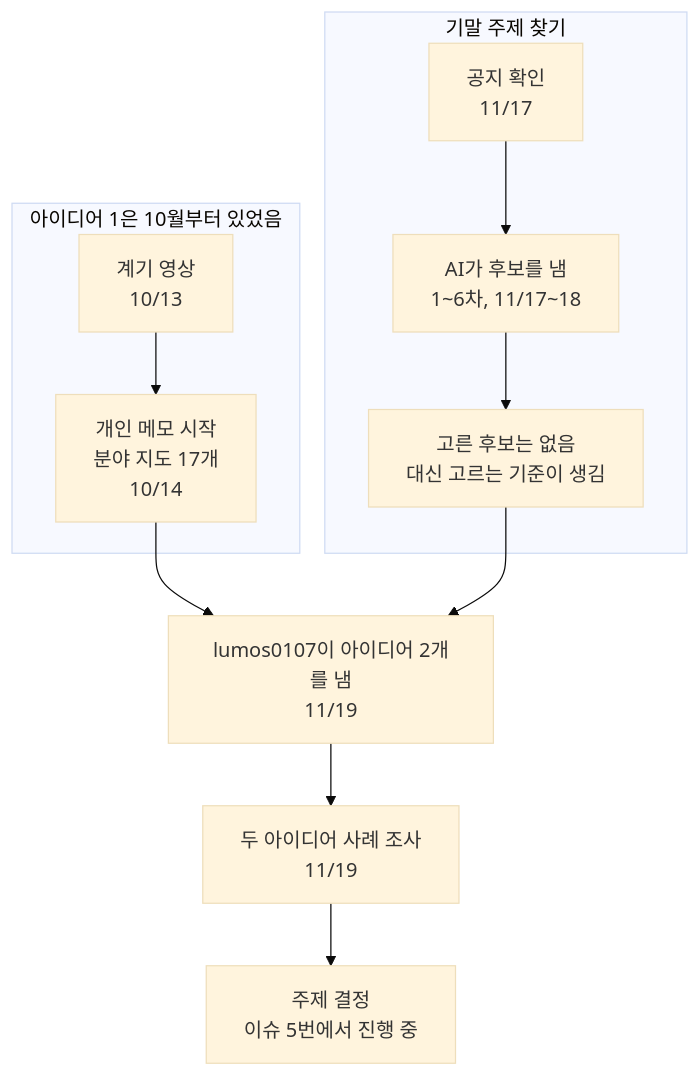
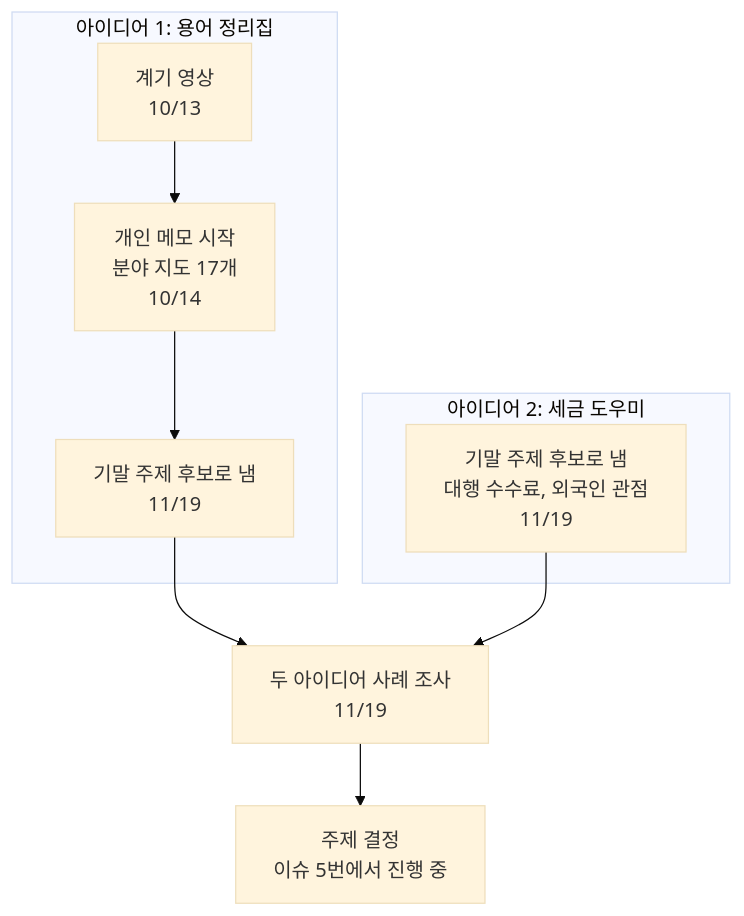
One commit to lumos0107/AI_Final_Project changed the diagram in docs/ideation/README.md. Above: the diagram before and after it, drawn with Mermaid (base theme). The commit also changed other lines of this file, not shown here.

Commit message:
docs: 주제 도출 그림에서 AI 후보 탐색 단계를 뺌 (#1)
두 아이디어는 AI 후보 탐색에서 나온 것이 아니라서, 나온 과정 그림과 설명에 넣을 필요가 없다는 의견을 반영함.
그림은 아이디어별 두 줄기(10월 메모에서 온 아이디어 1, 11/19에 낸 아이디어 2)로 바꿈.
확인: 깃허브에서 그림이 그려지는지 확인함.
AI: 그림과 설명 수정. 사람: AI 후보 단계가 필요 없다고 짚음.

````diff
--- a/docs/ideation/README.md
+++ b/docs/ideation/README.md
@@ -19,14 +19,13 @@
 ```mermaid
 flowchart TD
-    subgraph G["아이디어 1은 10월부터 있었음"]
+    subgraph G["아이디어 1: 용어 정리집"]
         G1["계기 영상<br>10/13"] --> G2["개인 메모 시작<br>분야 지도 17개<br>10/14"]
+        G2 --> G3["기말 주제 후보로 냄<br>11/19"]
     end
-    subgraph R["기말 주제 찾기"]
-        R1["공지 확인<br>11/17"] --> R2["AI가 후보를 냄<br>1~6차, 11/17~18"]
-        R2 --> R3["고른 후보는 없음<br>대신 고르는 기준이 생김"]
+    subgraph T["아이디어 2: 세금 도우미"]
+        T1["기말 주제 후보로 냄<br>대행 수수료, 외국인 관점<br>11/19"]
     end
-    G2 --> I["lumos0107이 아이디어 2개를 냄<br>11/19"]
-    R3 --> I
-    I --> S["두 아이디어 사례 조사<br>11/19"]
+    G3 --> S["두 아이디어 사례 조사<br>11/19"]
+    T1 --> S
     S --> D["주제 결정<br>이슈 5번에서 진행 중"]
 ```
````
